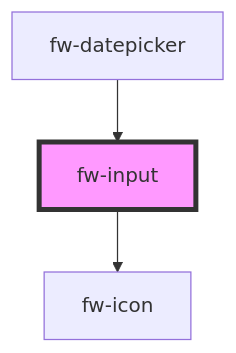
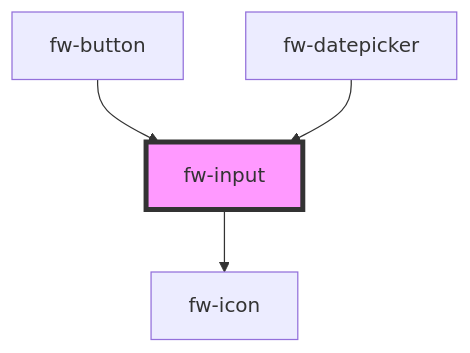
Before and after one commit to freshworks/crayons: the diagram in src/components/input/readme.md, drawn with Mermaid. The commit also changed other lines of this file and 13 other files, not shown here.

````diff
--- a/src/components/input/readme.md
+++ b/src/components/input/readme.md
@@ -105,6 +106,7 @@
 ```mermaid
 graph TD;
   fw-input --> fw-icon
+  fw-button --> fw-input
   fw-datepicker --> fw-input
   style fw-input fill:#f9f,stroke:#333,stroke-width:4px
 ```
````
